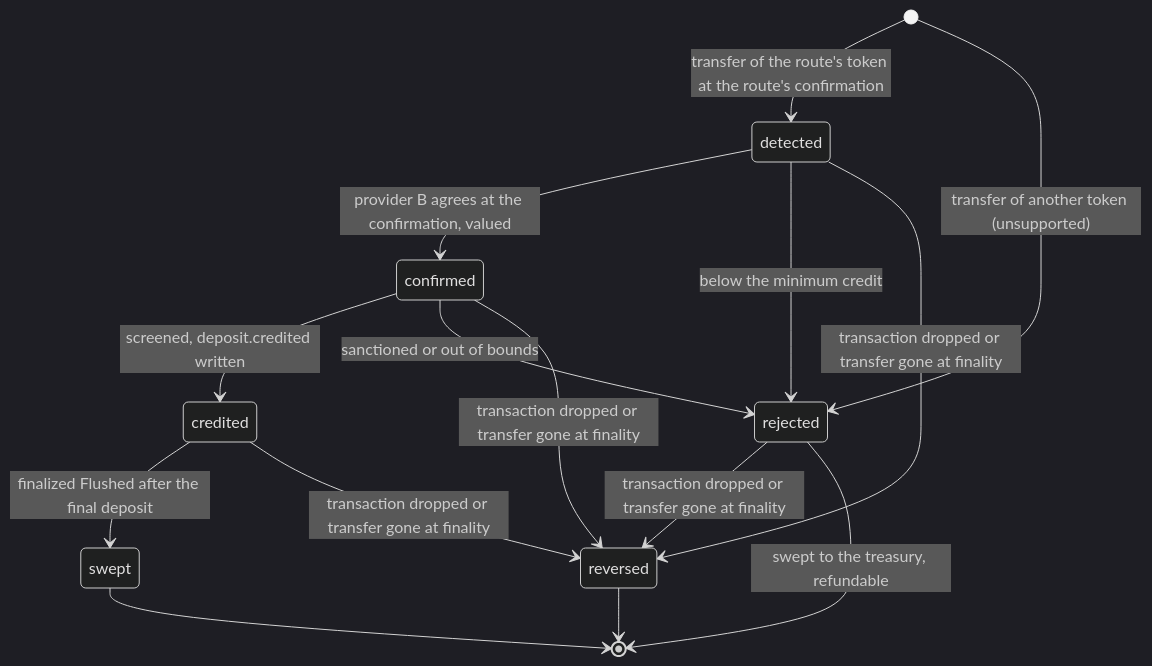
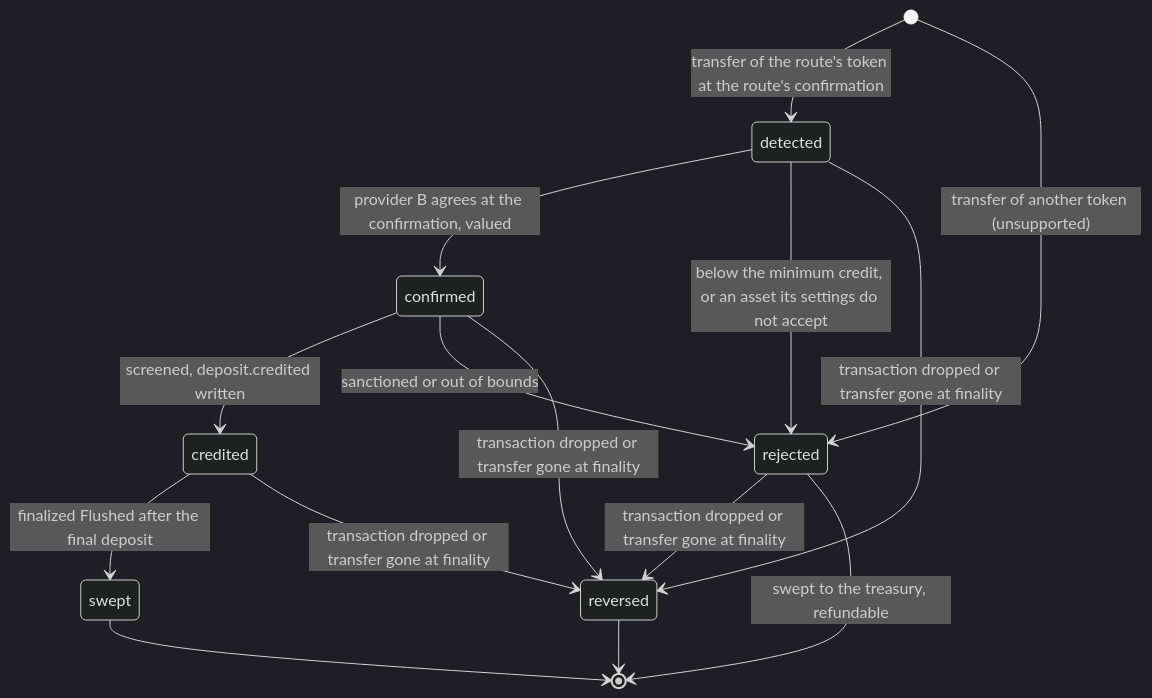
The second of 3 diagrams in docs/architecture.md (Phala-Network/crypto-topup-service), drawn with Mermaid (dark theme) before and after one commit. The commit also changed other lines of this file and 124 other files, not shown here.

````diff
--- a/docs/architecture.md
+++ b/docs/architecture.md
@@ -381,17 +393,17 @@
 ```mermaid
 stateDiagram-v2
     [*] --> detected: transfer of the route's token at the route's confirmation
     [*] --> rejected: transfer of another token (unsupported)
     detected --> confirmed: provider B agrees at the confirmation, valued
-    detected --> rejected: below the minimum credit
+    detected --> rejected: below the minimum credit, or an asset its settings do not accept
     confirmed --> credited: screened, deposit.credited written
     confirmed --> rejected: sanctioned or out of bounds
     credited --> swept: finalized Flushed after the final deposit
     detected --> reversed: transaction dropped or transfer gone at finality
     confirmed --> reversed: transaction dropped or transfer gone at finality
     credited --> reversed: transaction dropped or transfer gone at finality
     rejected --> reversed: transaction dropped or transfer gone at finality
     rejected --> [*]: swept to the treasury, refundable
     swept --> [*]
     reversed --> [*]
 ```
````
